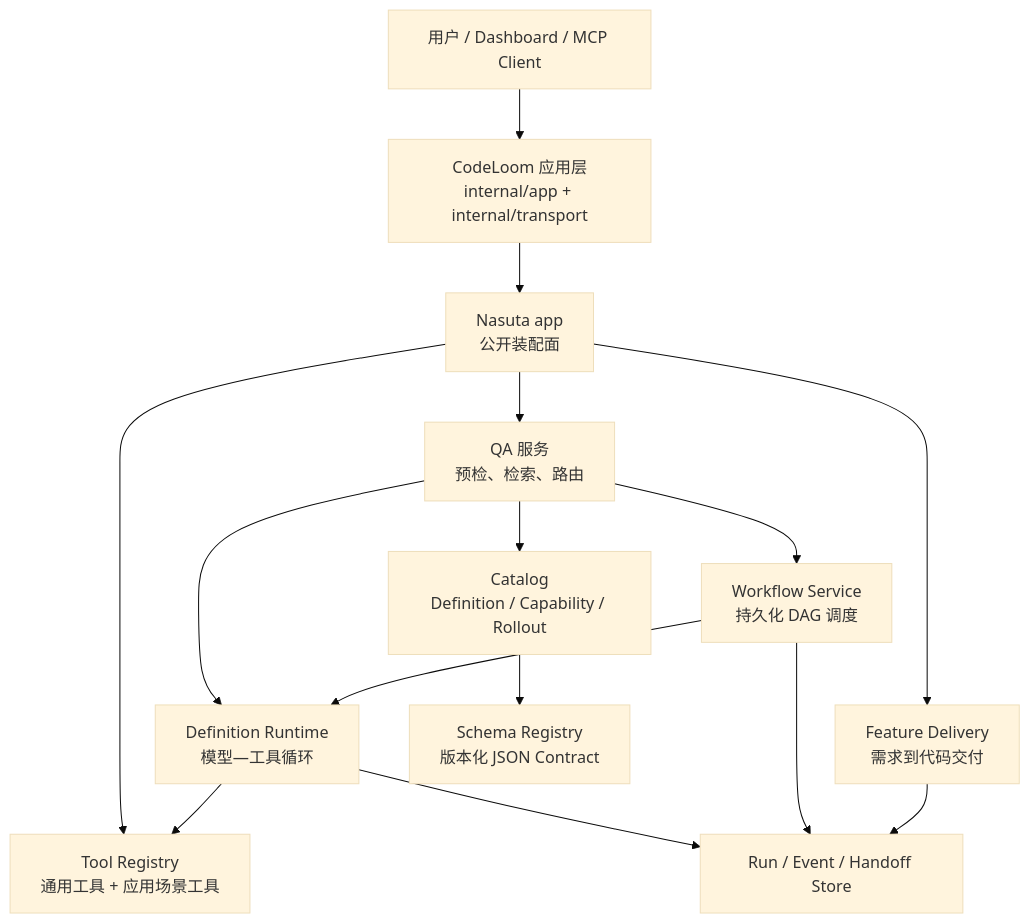
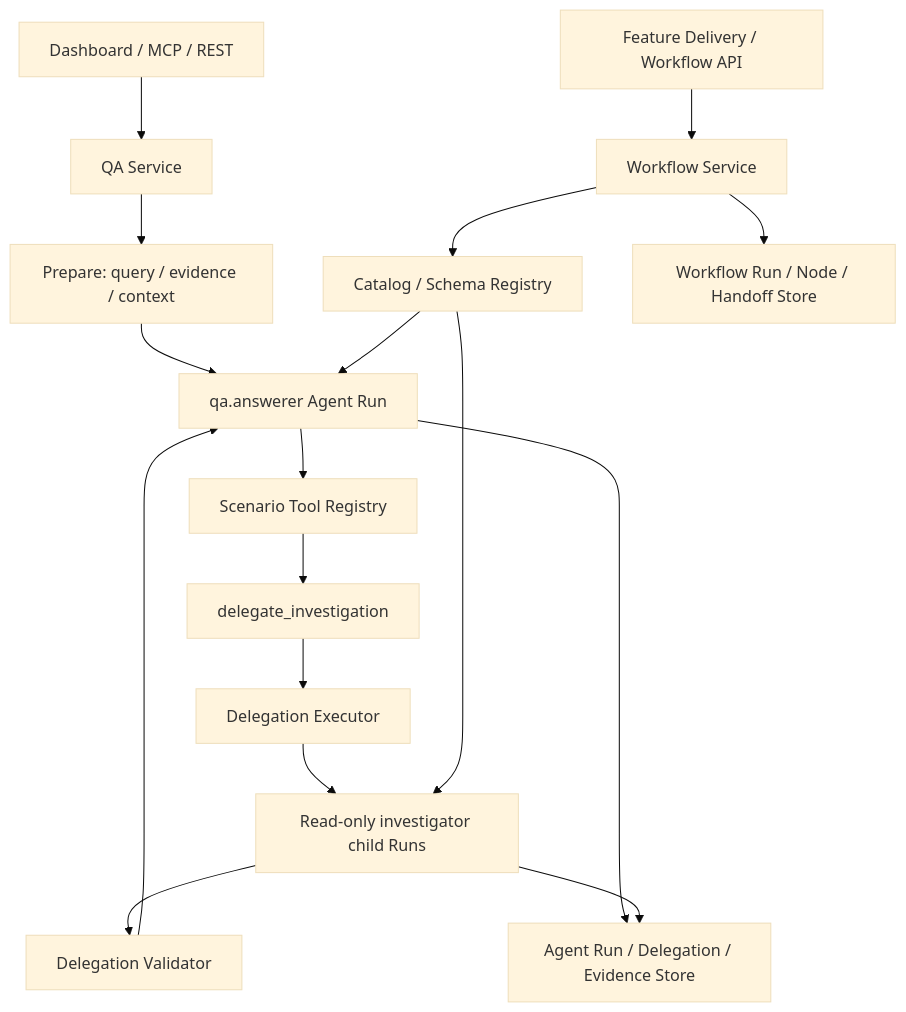
The diagram in docs/design/agent-platform/20-agent-orchestration-current-implementation.zh-CN.md (dekwanlabs/Nasuta), drawn with Mermaid (base theme) before and after one commit. The commit also changed other lines of this file and 129 other files, not shown here.

First line of the commit message:
refactor(agent): simplify QA workflow and remove legacy investigation

````diff
--- a/docs/design/agent-platform/20-agent-orchestration-current-implementation.zh-CN.md
+++ b/docs/design/agent-platform/20-agent-orchestration-current-implementation.zh-CN.md
@@ -19,18 +19,21 @@
 ```mermaid
 flowchart TB
-    User["用户 / Dashboard / MCP Client"] --> CL["CodeLoom 应用层\ninternal/app + internal/transport"]
-    CL --> App["Nasuta app\n公开装配面"]
-    App --> QA["QA 服务\n预检、检索、路由"]
-    App --> FD["Feature Delivery\n需求到代码交付"]
-    App --> Tools["Tool Registry\n通用工具 + 应用场景工具"]
+    Client["Dashboard / MCP / REST"] --> QA["QA Service"]
+    QA --> Prep["Prepare: query / evidence / context"]
+    Prep --> Parent["qa.answerer Agent Run"]
+    Parent --> Tools["Scenario Tool Registry"]
+    Tools --> Delegate["delegate_investigation"]
+    Delegate --> Executor["Delegation Executor"]
+    Executor --> Child["Read-only investigator child Runs"]
+    Child --> Validator["Delegation Validator"]
+    Validator --> Parent
 
-    QA --> Catalog["Catalog\nDefinition / Capability / Rollout"]
-    QA --> Runtime["Definition Runtime\n模型—工具循环"]
-    QA --> Workflow["Workflow Service\n持久化 DAG 调度"]
-    Catalog --> Schemas["Schema Registry\n版本化 JSON Contract"]
-    Runtime --> Tools
-    Workflow --> Runtime
-    Runtime --> Store["Run / Event / Handoff Store"]
-    Workflow --> Store
-    FD --> Store
+    Catalog["Catalog / Schema Registry"] --> Parent
+    Catalog --> Child
+    Parent --> RunStore["Agent Run / Delegation / Evidence Store"]
+    Child --> RunStore
+
+    WorkflowClient["Feature Delivery / Workflow API"] --> Workflow["Workflow Service"]
+    Workflow --> WorkflowStore["Workflow Run / Node / Handoff Store"]
+    Workflow --> Catalog
 ```
````
